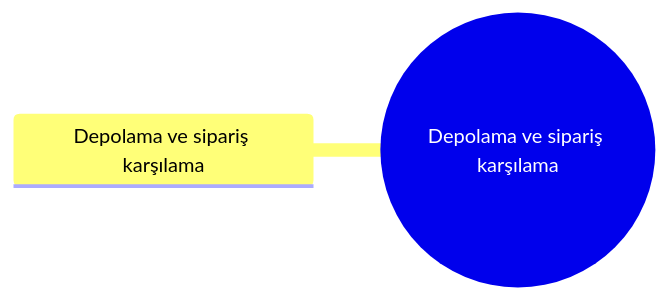
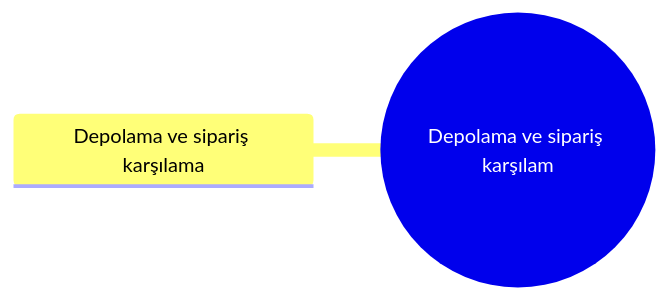
The diagram in 02 İşletmeler/12 Lojistik & Taşımacılık/Depolama ve sipariş karşılama/Dal – Depolama ve sipariş karşılama.md (sametkarabulut-dev/xfuturepos-v2), drawn with Mermaid before and after one commit. The commit also changed other lines of this file and 241 other files, not shown here.

````diff
--- a/02 İşletmeler/12 Lojistik & Taşımacılık/Depolama ve sipariş karşılama/Dal – Depolama ve sipariş karşılama.md
+++ b/02 İşletmeler/12 Lojistik & Taşımacılık/Depolama ve sipariş karşılama/Dal – Depolama ve sipariş karşılama.md
@@ -22,5 +22,5 @@
 ```mermaid
 mindmap
-  root((Depolama ve sipariş karşılama))
+  root((Depolama ve sipariş karşılam))
     Depolama ve sipariş karşılama
 ```
````
